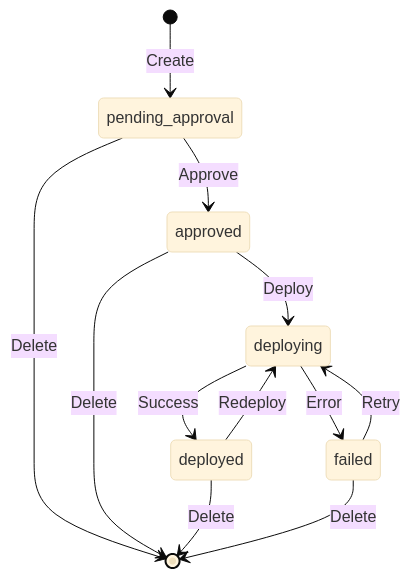
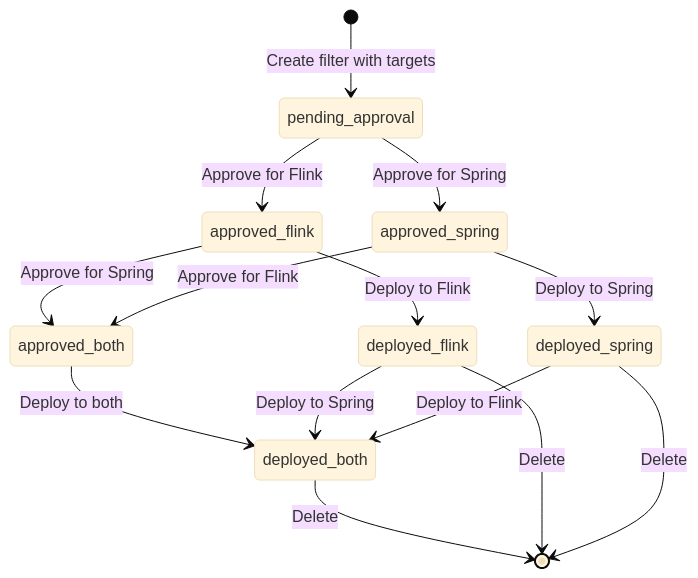
One commit to RickZee/api-performance-multi-lang changed the ninth of 12 diagrams in metadata-service-java/METADATA_SERVICE_DOCUMENTATION.md. Above: the diagram before and after it, drawn with Mermaid (base theme). The commit also changed other lines of this file and 15 other files, not shown here.

````diff
--- a/metadata-service-java/METADATA_SERVICE_DOCUMENTATION.md
+++ b/metadata-service-java/METADATA_SERVICE_DOCUMENTATION.md
@@ -457,14 +471,16 @@
 ```mermaid
 stateDiagram-v2
-    [*] --> pending_approval: Create
-    pending_approval --> approved: Approve
-    pending_approval --> [*]: Delete
-    approved --> deploying: Deploy
-    deploying --> deployed: Success
-    deploying --> failed: Error
-    deployed --> deploying: Redeploy
-    failed --> deploying: Retry
-    approved --> [*]: Delete
-    deployed --> [*]: Delete
-    failed --> [*]: Delete
+    [*] --> pending_approval: Create filter with targets
+    pending_approval --> approved_flink: Approve for Flink
+    pending_approval --> approved_spring: Approve for Spring
+    approved_flink --> approved_both: Approve for Spring
+    approved_spring --> approved_both: Approve for Flink
+    approved_flink --> deployed_flink: Deploy to Flink
+    approved_spring --> deployed_spring: Deploy to Spring
+    approved_both --> deployed_both: Deploy to both
+    deployed_flink --> deployed_both: Deploy to Spring
+    deployed_spring --> deployed_both: Deploy to Flink
+    deployed_both --> [*]: Delete
+    deployed_flink --> [*]: Delete
+    deployed_spring --> [*]: Delete
 ```
````
